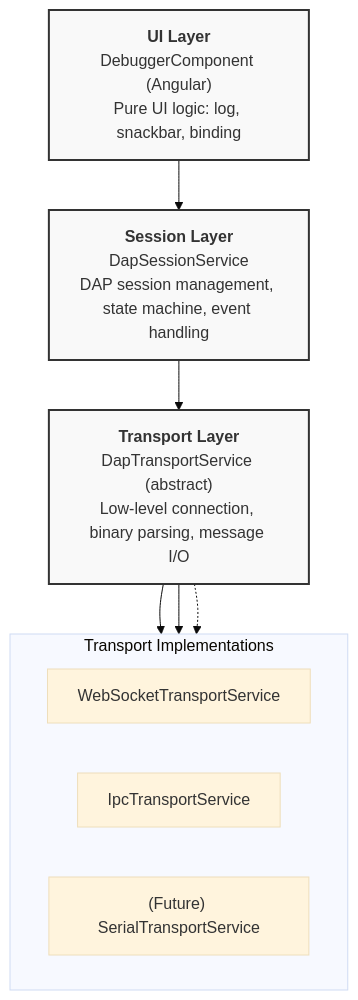
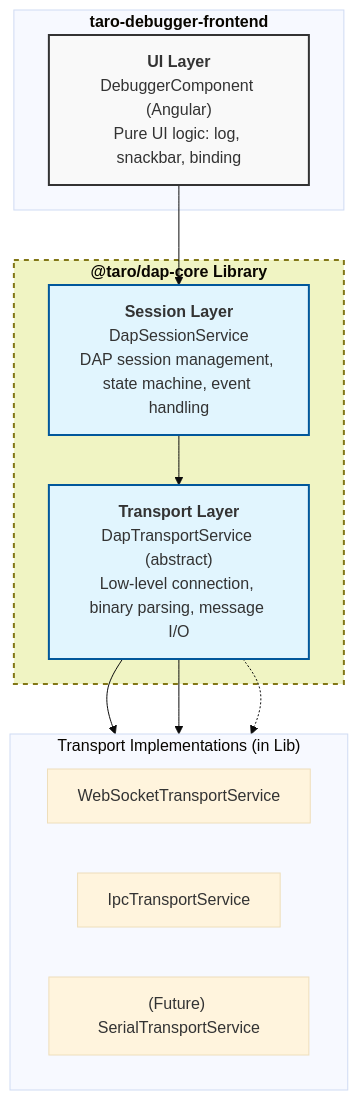
Before and after one commit to tangpo387-arch/taro-debugger: the diagram in docs/architecture.md, drawn with Mermaid (base theme). The commit also changed 5 other files, not shown here.

Commit message:
refactor: restructure project into frontend and core library with updated architecture documentation

````diff
--- a/docs/architecture.md
+++ b/docs/architecture.md
@@ -19,24 +19,30 @@
 ```mermaid
 graph TD
-    UI["<b>UI Layer</b><br/>DebuggerComponent (Angular)<br/>Pure UI logic: log, snackbar, binding"]
-    Session["<b>Session Layer</b><br/>DapSessionService<br/>DAP session management, state machine, event handling"]
-    Transport["<b>Transport Layer</b><br/>DapTransportService (abstract)<br/>Low-level connection, binary parsing, message I/O"]
+    subgraph App ["<b>taro-debugger-frontend</b>"]
+        UI["<b>UI Layer</b><br/>DebuggerComponent (Angular)<br/>Pure UI logic: log, snackbar, binding"]
+    end
+
+    subgraph Lib ["<b>@taro/dap-core Library</b>"]
+        Session["<b>Session Layer</b><br/>DapSessionService<br/>DAP session management, state machine, event handling"]
+        Transport["<b>Transport Layer</b><br/>DapTransportService (abstract)<br/>Low-level connection, binary parsing, message I/O"]
+    end
 
     UI --> Session
     Session --> Transport
 
-    subgraph Implementations ["Transport Implementations"]
+    subgraph Implementations ["Transport Implementations (in Lib)"]
         direction LR
         WSS["WebSocketTransportService<br/>"]
         IPC["IpcTransportService<br/>"]
         STS["(Future) SerialTransportService"]
     end
 
     Transport --> WSS
     Transport --> IPC
     Transport -.-> STS
 
     style UI fill:#f9f9f9,stroke:#333,stroke-width:2px
-    style Session fill:#f9f9f9,stroke:#333,stroke-width:2px
-    style Transport fill:#f9f9f9,stroke:#333,stroke-width:2px
+    style Session fill:#e1f5fe,stroke:#01579b,stroke-width:2px
+    style Transport fill:#e1f5fe,stroke:#01579b,stroke-width:2px
+    style Lib fill:#f0f4c3,stroke:#827717,stroke-width:2px,stroke-dasharray: 5 5
 ```
````
